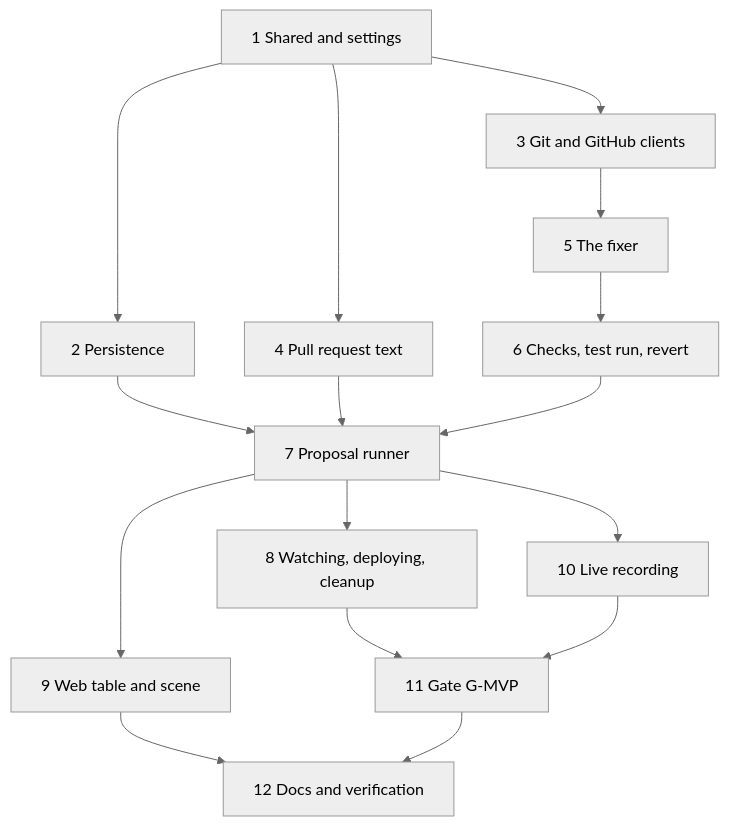
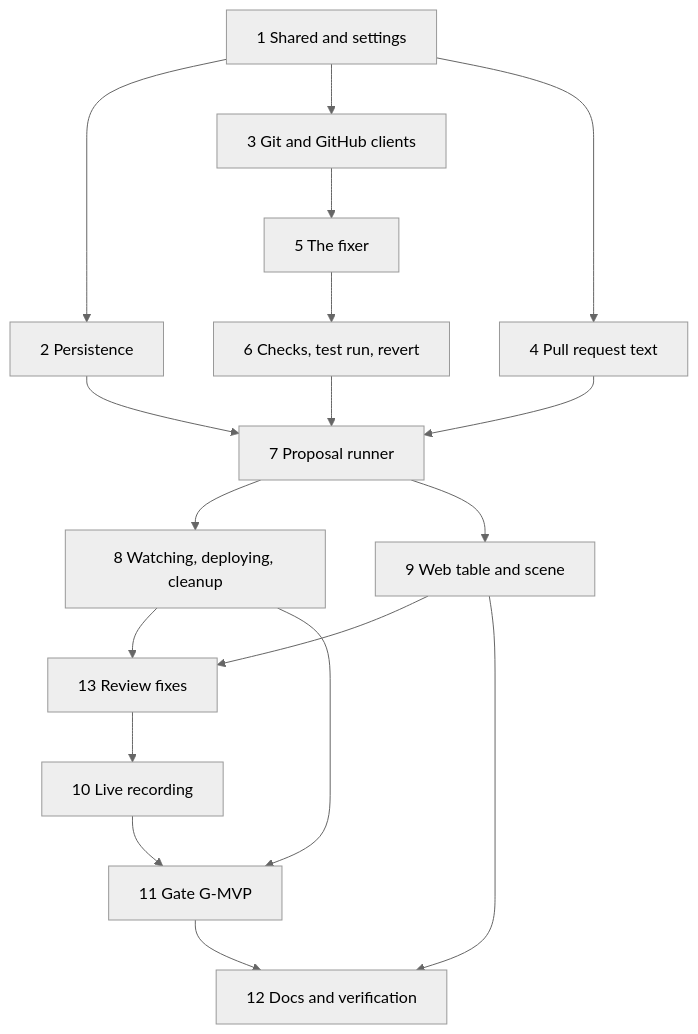
The diagram in .kiro/specs/fix-proposal-flow/tasks.md (Akar-Samudra-Artifisial/Haunted-Ops), drawn with Mermaid (neutral theme) before and after one commit. The commit also changed other lines of this file and 134 other files, not shown here.

````diff
--- a/.kiro/specs/fix-proposal-flow/tasks.md
+++ b/.kiro/specs/fix-proposal-flow/tasks.md
@@ -166,18 +194,20 @@
 ```mermaid
 graph TD
   T1[1 Shared and settings] --> T2[2 Persistence]
   T1 --> T3[3 Git and GitHub clients]
   T1 --> T4[4 Pull request text]
   T3 --> T5[5 The fixer]
   T5 --> T6[6 Checks, test run, revert]
   T2 --> T7[7 Proposal runner]
   T4 --> T7
   T6 --> T7
   T7 --> T8[8 Watching, deploying, cleanup]
   T7 --> T9[9 Web table and scene]
-  T7 --> T10[10 Live recording]
+  T8 --> T13[13 Review fixes]
+  T9 --> T13
+  T13 --> T10[10 Live recording]
   T8 --> T11[11 Gate G-MVP]
   T10 --> T11
   T9 --> T12[12 Docs and verification]
   T11 --> T12
 ```
````
